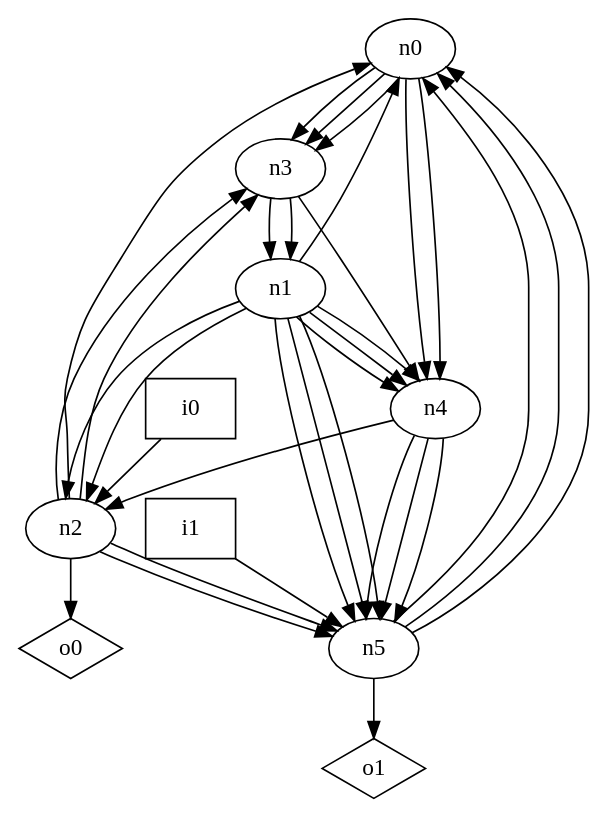
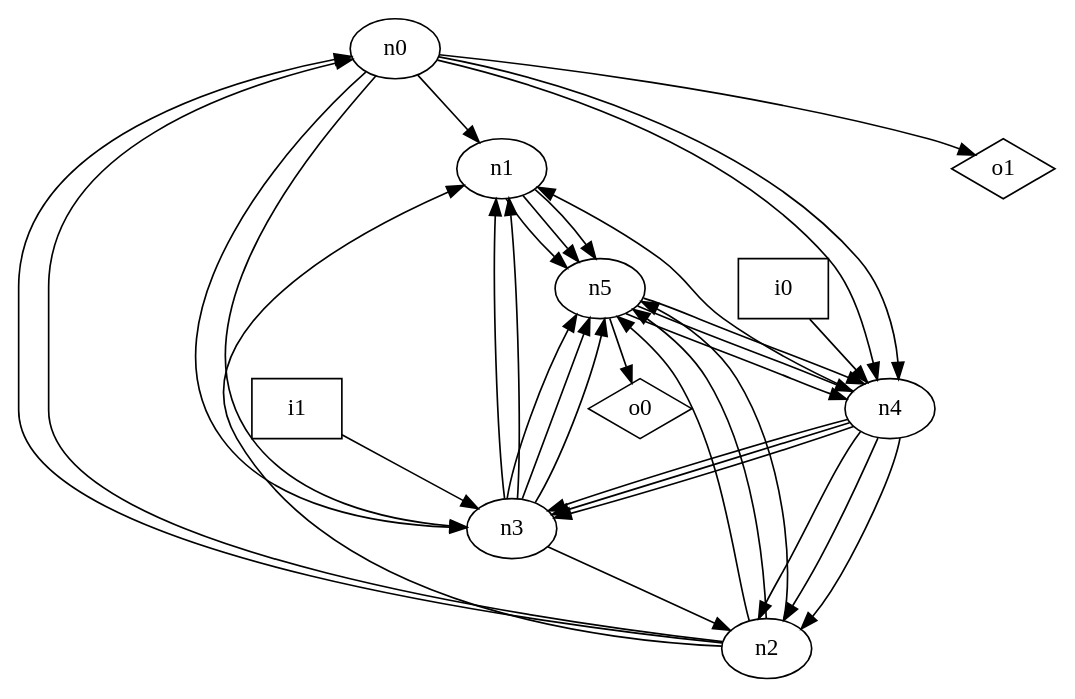
The diagram in dot_files/random/random_oriented_graph.dot (p9romain/bool-circuits), drawn with Graphviz before and after one commit. The commit also changed 33 other files, not shown here.

```diff
--- a/dot_files/random/random_oriented_graph.dot
+++ b/dot_files/random/random_oriented_graph.dot
@@ -1,45 +1,46 @@
 digraph G {
 n0 [label="n0"];
 n1 [label="n1"];
 n2 [label="n2"];
 n3 [label="n3"];
 n4 [label="n4"];
 n5 [label="n5"];
 n6 [label="i0",shape="box"];
 n7 [label="i1",shape="box"];
 n8 [label="o0",shape="diamond"];
 n9 [label="o1",shape="diamond"];
-n0 -> n3
+n0 -> n1
 n0 -> n3
 n0 -> n3
 n0 -> n4
 n0 -> n4
-n1 -> n0
-n1 -> n2
-n1 -> n2
-n1 -> n4
-n1 -> n4
-n1 -> n4
+n0 -> n9
 n1 -> n5
 n1 -> n5
 n1 -> n5
 n2 -> n0
-n2 -> n3
-n2 -> n3
+n2 -> n0
+n2 -> n1
 n2 -> n5
 n2 -> n5
-n2 -> n8
+n2 -> n5
 n3 -> n1
 n3 -> n1
-n3 -> n4
+n3 -> n2
+n3 -> n5
+n3 -> n5
+n3 -> n5
+n4 -> n1
 n4 -> n2
-n4 -> n5
-n4 -> n5
-n4 -> n5
-n5 -> n0
-n5 -> n0
-n5 -> n0
-n5 -> n9
-n6 -> n2
-n7 -> n5
+n4 -> n2
+n4 -> n2
+n4 -> n3
+n4 -> n3
+n4 -> n3
+n5 -> n4
+n5 -> n4
+n5 -> n4
+n5 -> n8
+n6 -> n4
+n7 -> n3
 }
```
